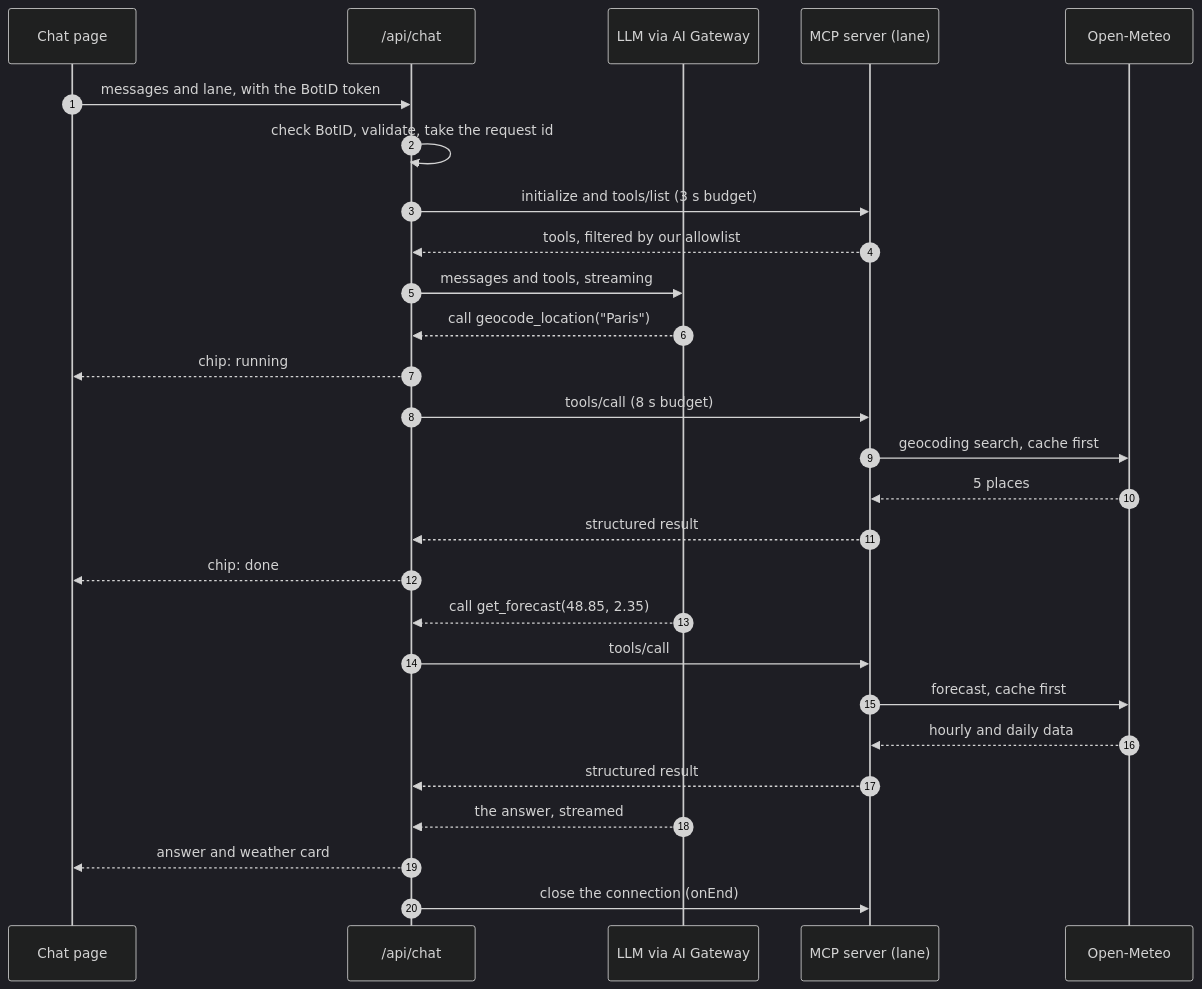
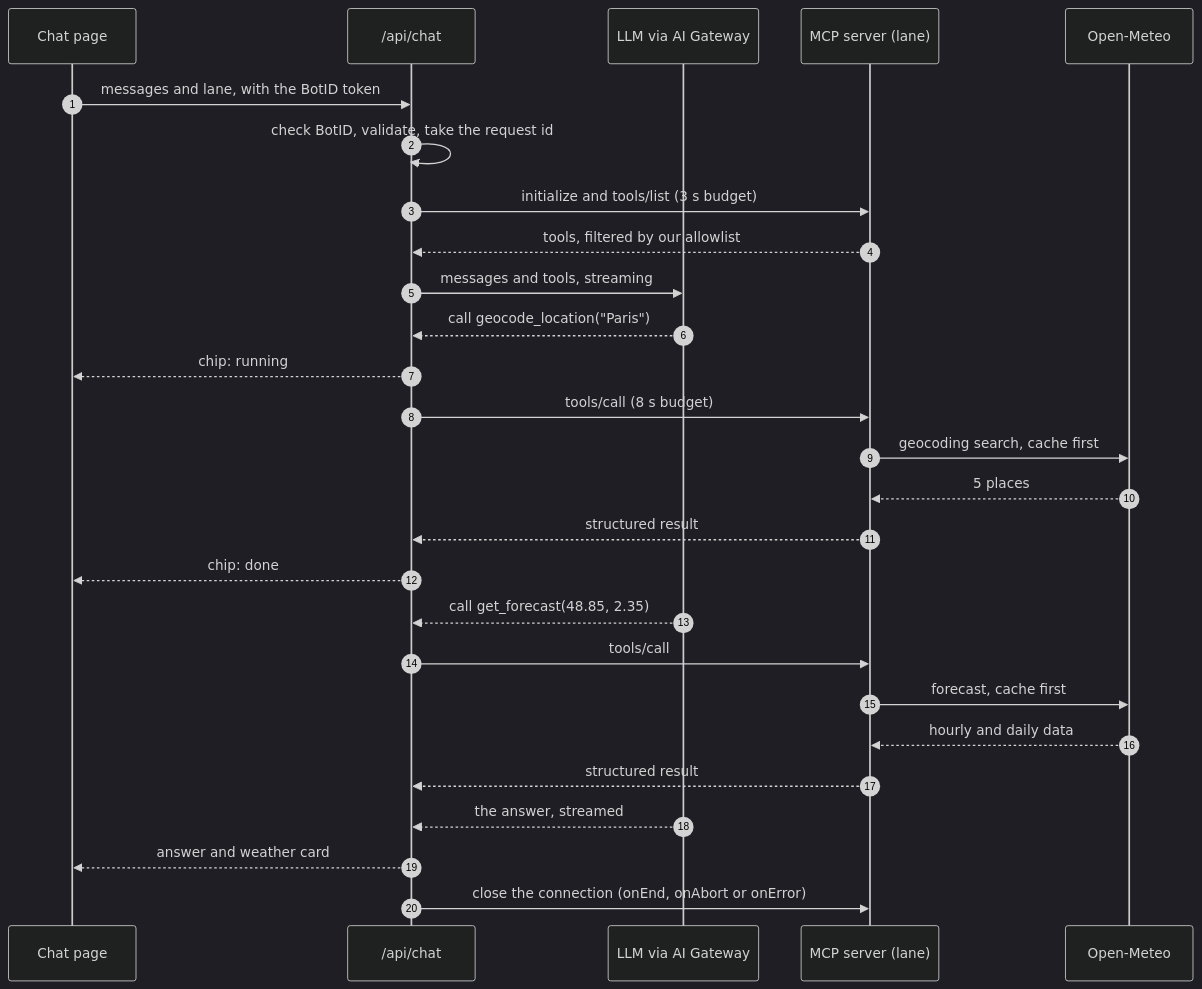
One commit to EasyLearnJava/AgenticProgramming changed the second of 2 diagrams in projects/Agentic/weather-chatbot/PLAN.md. Above: the diagram before and after it, drawn with Mermaid (dark theme). The commit also changed other lines of this file, not shown here.

````diff
--- a/projects/Agentic/weather-chatbot/PLAN.md
+++ b/projects/Agentic/weather-chatbot/PLAN.md
@@ -290,29 +293,29 @@
 ```mermaid
 sequenceDiagram
   autonumber
   participant P as Chat page
   participant R as /api/chat
   participant M as LLM via AI Gateway
   participant S as MCP server (lane)
   participant O as Open-Meteo
   P->>R: messages and lane, with the BotID token
   R->>R: check BotID, validate, take the request id
   R->>S: initialize and tools/list (3 s budget)
   S-->>R: tools, filtered by our allowlist
   R->>M: messages and tools, streaming
   M-->>R: call geocode_location("Paris")
   R-->>P: chip: running
   R->>S: tools/call (8 s budget)
   S->>O: geocoding search, cache first
   O-->>S: 5 places
   S-->>R: structured result
   R-->>P: chip: done
   M-->>R: call get_forecast(48.85, 2.35)
   R->>S: tools/call
   S->>O: forecast, cache first
   O-->>S: hourly and daily data
   S-->>R: structured result
   M-->>R: the answer, streamed
   R-->>P: answer and weather card
-  R->>S: close the connection (onEnd)
+  R->>S: close the connection (onEnd, onAbort or onError)
 ```
````
